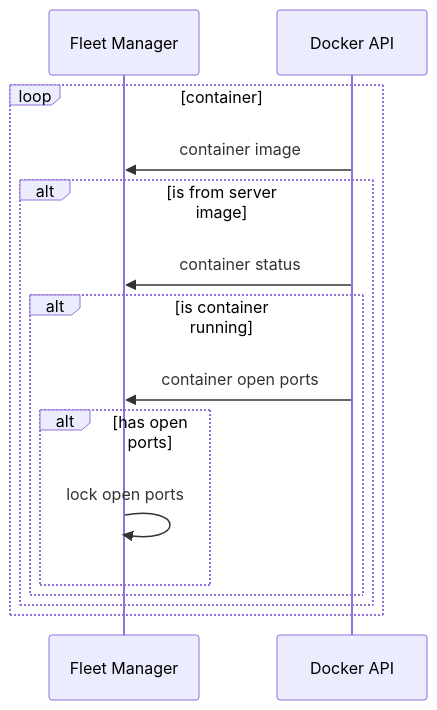
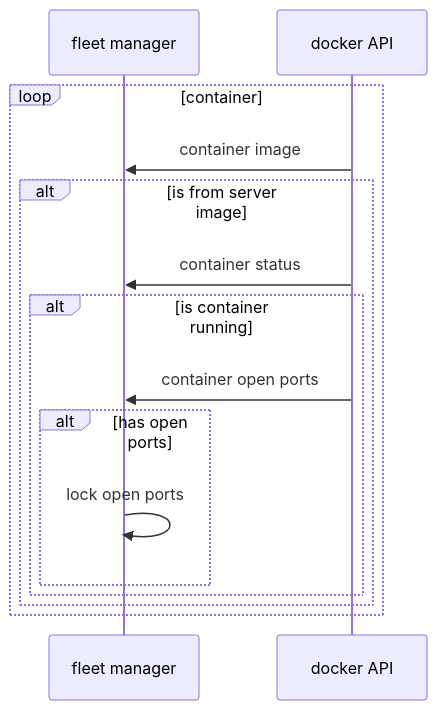
The fifth of 5 diagrams in README.md (AdrKacz/super-duper-guacamole), drawn with Mermaid before and after one commit. The commit also changed other lines of this file, not shown here.

````diff
--- a/README.md
+++ b/README.md
@@ -109,17 +109,17 @@
 ```mermaid
 sequenceDiagram
-    participant FM as Fleet Manager
-    participant D as Docker API
+    participant FM as fleet manager
+    participant D as docker API
     loop container
         D ->> FM: container image
         alt is from server image
             D ->> FM: container status
             alt is container running
                 D ->> FM: container open ports
                 alt has open ports
                     FM ->> FM: lock open ports
                 end
             end
         end
     end
 ```
````
